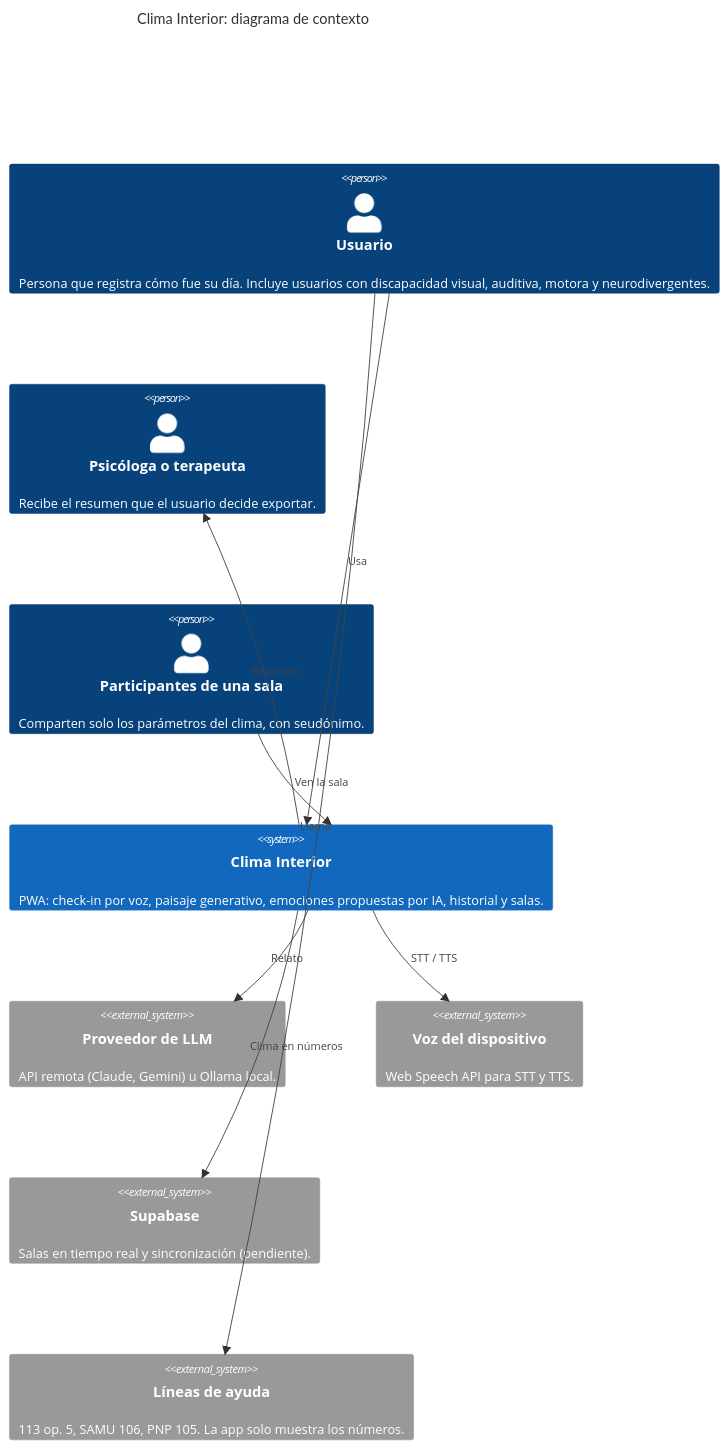
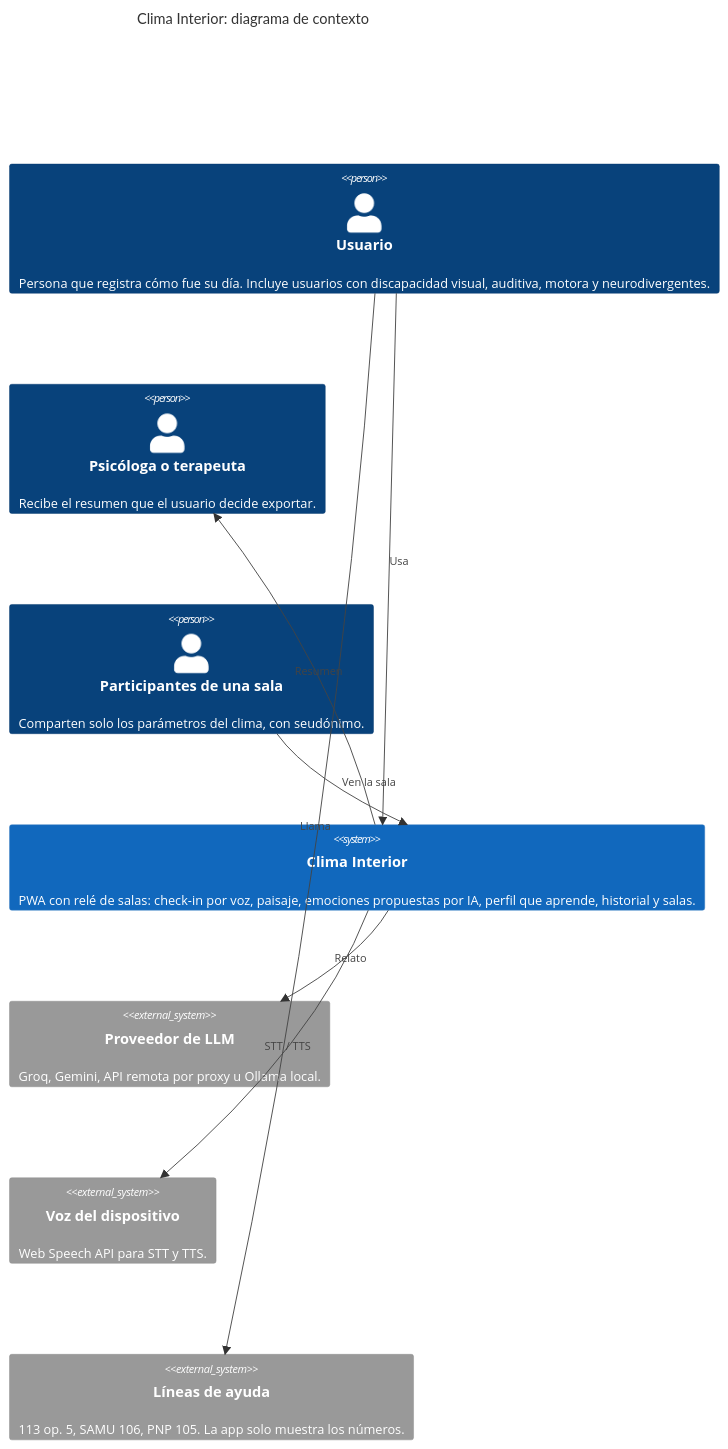
The first of 3 diagrams in docs/arquitectura.md (Melissa1221/clima-interior), drawn with Mermaid before and after one commit. The commit also changed other lines of this file, not shown here.

Commit message:
docs: c4 con relé de salas y personalización

````diff
--- a/docs/arquitectura.md
+++ b/docs/arquitectura.md
@@ -10,21 +10,19 @@
 ```mermaid
 C4Context
   title Clima Interior: diagrama de contexto
   Person(usuario, "Usuario", "Persona que registra cómo fue su día. Incluye usuarios con discapacidad visual, auditiva, motora y neurodivergentes.")
   Person(psicologa, "Psicóloga o terapeuta", "Recibe el resumen que el usuario decide exportar.")
   Person(amigos, "Participantes de una sala", "Comparten solo los parámetros del clima, con seudónimo.")
-  System(clima, "Clima Interior", "PWA: check-in por voz, paisaje generativo, emociones propuestas por IA, historial y salas.")
-  System_Ext(llm, "Proveedor de LLM", "API remota (Claude, Gemini) u Ollama local.")
+  System(clima, "Clima Interior", "PWA con relé de salas: check-in por voz, paisaje, emociones propuestas por IA, perfil que aprende, historial y salas.")
+  System_Ext(llm, "Proveedor de LLM", "Groq, Gemini, API remota por proxy u Ollama local.")
   System_Ext(stt, "Voz del dispositivo", "Web Speech API para STT y TTS.")
-  System_Ext(supa, "Supabase", "Salas en tiempo real y sincronización (pendiente).")
   System_Ext(lineas, "Líneas de ayuda", "113 op. 5, SAMU 106, PNP 105. La app solo muestra los números.")
 
   Rel(usuario, clima, "Usa")
   Rel(clima, psicologa, "Resumen")
   Rel(amigos, clima, "Ven la sala")
   Rel(clima, llm, "Relato")
   Rel(clima, stt, "STT / TTS")
-  Rel(clima, supa, "Clima en números")
   Rel(usuario, lineas, "Llama")
   UpdateLayoutConfig($c4ShapeInRow="3", $c4BoundaryInRow="1")
 ```
````
